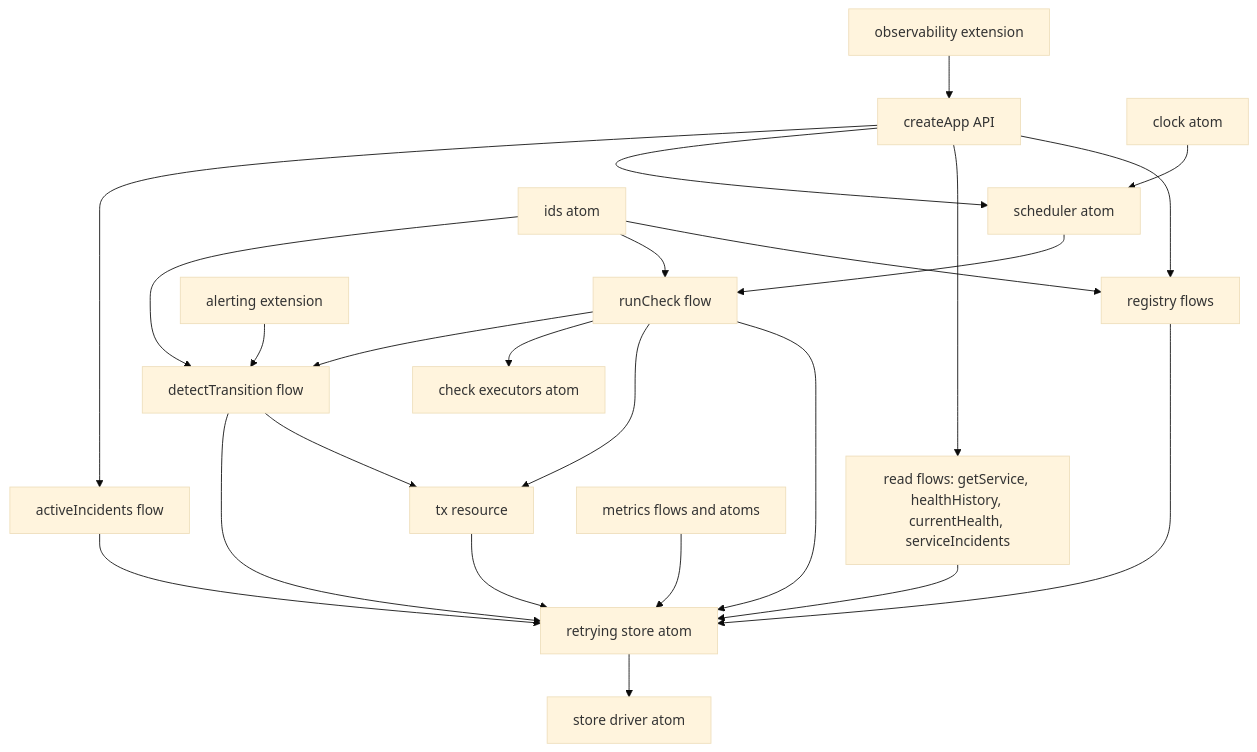
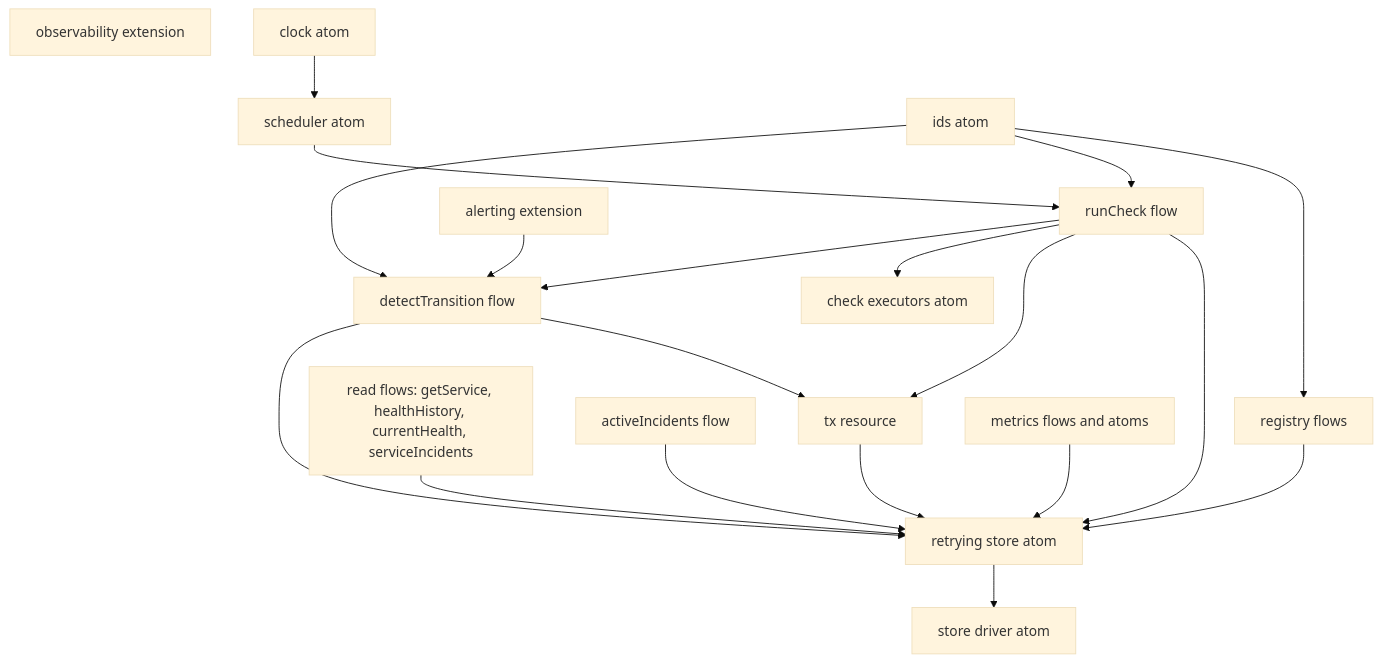
The diagram in examples/lite-golden/capstone/README.md (pumped-fn/pumped-fn), drawn with Mermaid (base theme) before and after one commit. The commit also changed other lines of this file and 24 other files, not shown here.

````diff
--- a/examples/lite-golden/capstone/README.md
+++ b/examples/lite-golden/capstone/README.md
@@ -9,26 +9,22 @@
 ```mermaid
 flowchart TD
-  App[createApp API] --> Registry[registry flows]
-  App --> Reads[read flows: getService, healthHistory, currentHealth, serviceIncidents]
-  App --> Scheduler[scheduler atom]
-  App --> ActiveIncidents[activeIncidents flow]
-  Scheduler --> RunCheck[runCheck flow]
-  Registry --> Store[retrying store atom]
-  Reads --> Store
-  ActiveIncidents --> Store
-  RunCheck --> Store
+  Registry[registry flows] --> Store[retrying store atom]
+  Reads[read flows: getService, healthHistory, currentHealth, serviceIncidents] --> Store
+  ActiveIncidents[activeIncidents flow] --> Store
+  RunCheck[runCheck flow] --> Store
   RunCheck --> Tx[tx resource]
   RunCheck --> Executors[check executors atom]
   RunCheck --> Incidents[detectTransition flow]
   Incidents --> Tx
   Incidents --> Store
   Tx --> Store
   Store --> Driver[store driver atom]
   Metrics[metrics flows and atoms] --> Store
-  Observability[observability extension] --> App
+  Scheduler[scheduler atom] --> RunCheck
+  Observability[observability extension]
   Alerting[alerting extension] --> Incidents
   Clock[clock atom] --> Scheduler
   Ids[ids atom] --> Registry
   Ids --> RunCheck
   Ids --> Incidents
 ```
````
